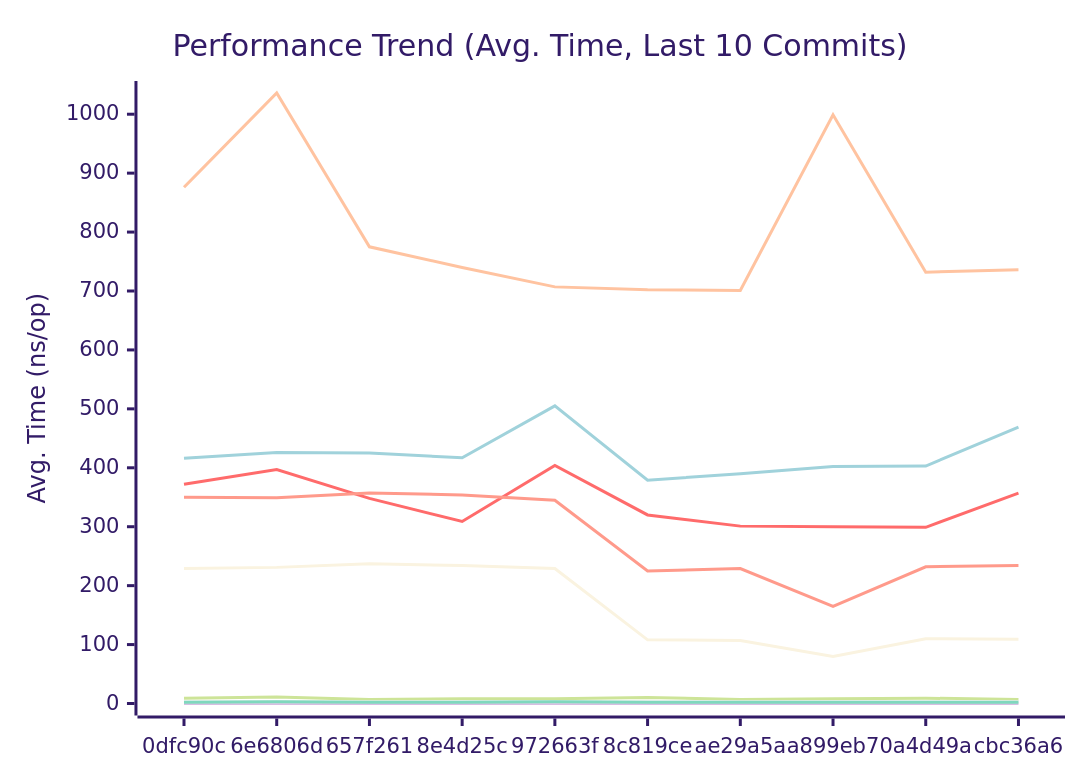
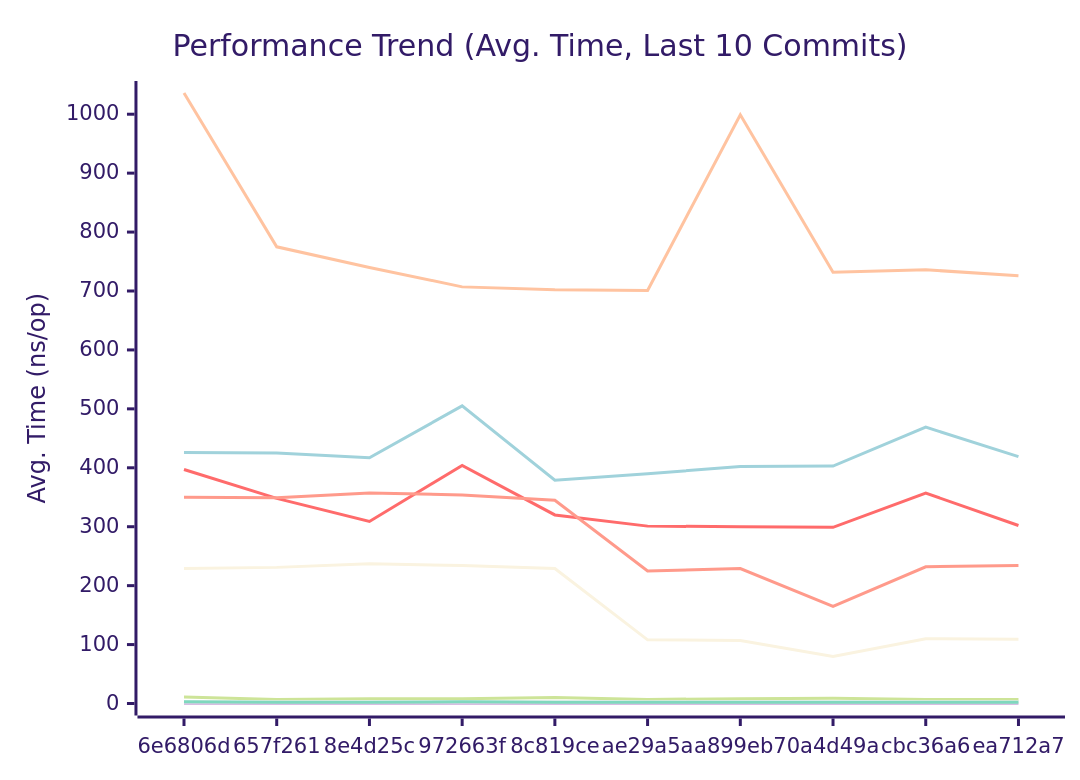
Before and after one commit to alsotoes/momo: the first of 3 diagrams in docs/PERFORMANCE.md, drawn with Mermaid (forest theme). The commit also changed other lines of this file and 18 other files, not shown here.

````diff
--- a/docs/PERFORMANCE.md
+++ b/docs/PERFORMANCE.md
@@ -80,16 +80,16 @@
 ```mermaid
 xychart-beta
     title "Performance Trend (Avg. Time, Last 10 Commits)"
     x-axis "Commit"
     y-axis "Avg. Time (ns/op)"
-    x-axis [0dfc90c,6e6806d,657f261,8e4d25c,972663f,8c819ce,ae29a5a,a899eb7,0a4d49a,cbc36a6]
-    line "CheckMetricsAndSwap" [9,11,7,8,8,10,7,8,9,7]
-    line "CrushOptimized" [372,397,348,309,404,320,301,300,299,357]
-    line "CrushOriginal" [416,426,425,417,505,379,390,402,403,469]
+    x-axis [6e6806d,657f261,8e4d25c,972663f,8c819ce,ae29a5a,a899eb7,0a4d49a,cbc36a6,ea712a7]
+    line "CheckMetricsAndSwap" [11,7,8,8,10,7,8,9,7,7]
+    line "CrushOptimized" [397,348,309,404,320,301,300,299,357,302]
+    line "CrushOriginal" [426,425,417,505,379,390,402,403,469,419]
     line "IndexDirectTracking" [0,0,0,0,0,0,0,0,0,0]
     line "IndexSearch" [3,3,3,3,3,3,3,3,3,3]
-    line "LoadGlobalConfig" [876,1036,775,740,707,702,701,999,732,736]
-    line "PadString" [2,3,2,2,3,2,2,2,2,2]
+    line "LoadGlobalConfig" [1036,775,740,707,702,701,999,732,736,726]
+    line "PadString" [3,2,2,3,2,2,2,2,2,2]
     line "ParseReplicationOrder_NoPrealloc" [350,349,357,354,345,225,229,165,232,234]
     line "ParseReplicationOrder_Prealloc" [229,231,237,234,229,108,107,80,110,109]
 ```
````
